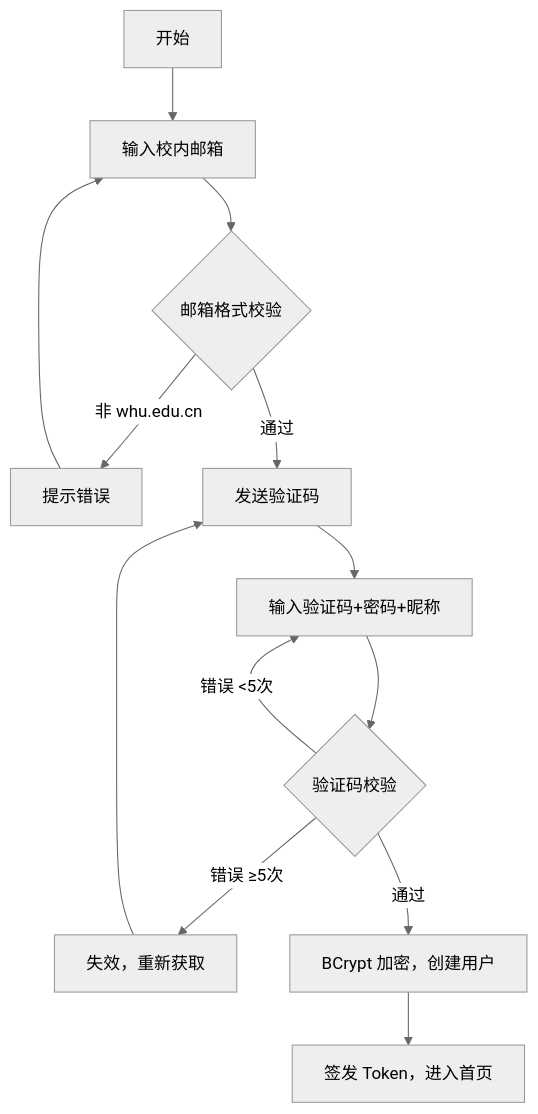
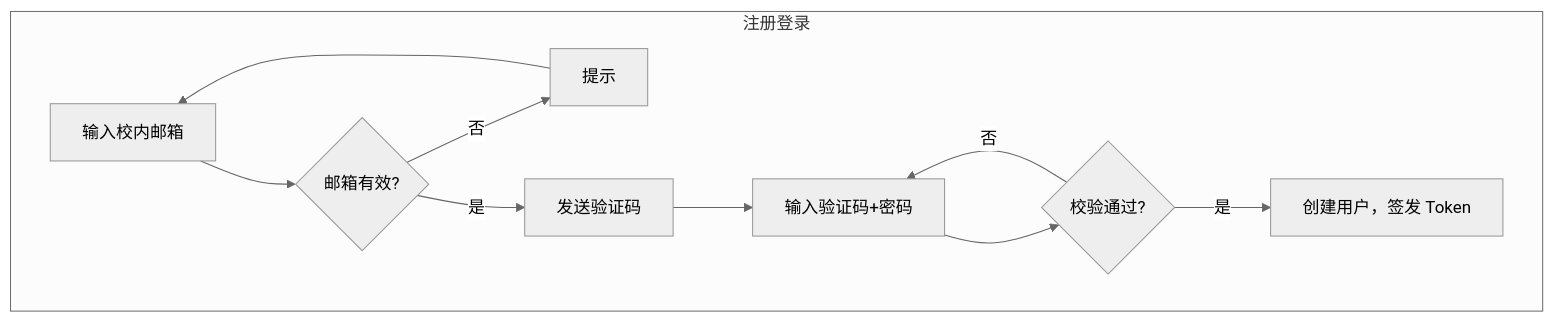
The third of 10 diagrams in WHU_Circle_需求建模文档.md (oliviawxx/whucircle), drawn with Mermaid (neutral theme) before and after one commit. The commit also changed other lines of this file and 16 other files, not shown here.

````diff
--- a/WHU_Circle_需求建模文档.md
+++ b/WHU_Circle_需求建模文档.md
@@ -197,15 +51,12 @@
 ```mermaid
 flowchart TD
-    A["开始"] --> B["输入校内邮箱"]
-    B --> C{"邮箱格式校验"}
-    C -->|"非 whu.edu.cn"| D["提示错误"]
-    D --> B
-    C -->|"通过"| E["发送验证码"]
-    E --> H["输入验证码+密码+昵称"]
-    H --> I{"验证码校验"}
-    I -->|"错误 <5次"| H
-    I -->|"错误 ≥5次"| J["失效，重新获取"]
-    J --> E
-    I -->|"通过"| K["BCrypt 加密，创建用户"]
-    K --> L["签发 Token，进入首页"]
+    subgraph 注册登录
+        A1["输入校内邮箱"] --> A2{"邮箱有效?"}
+        A2 -->|否| A3["提示"] --> A1
+        A2 -->|是| A4["发送验证码"]
+        A4 --> A5["输入验证码+密码"]
+        A5 --> A6{"校验通过?"}
+        A6 -->|否| A5
+        A6 -->|是| A7["创建用户，签发 Token"]
+    end
 ```
````
